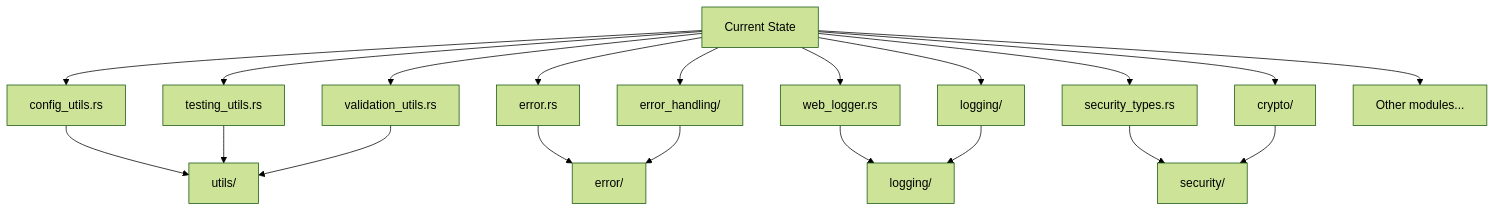
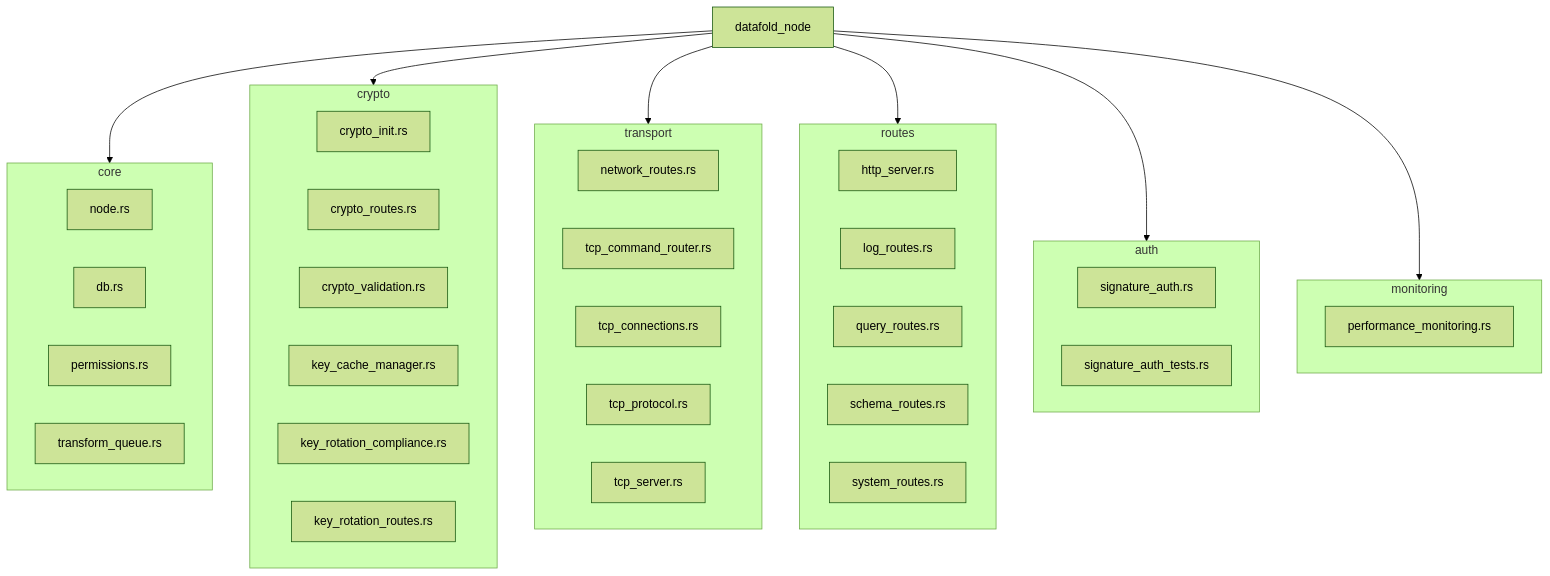
One commit to shiba4life/fold_db changed the diagram in ARCHITECTURAL_SIMPLIFICATION_PLAN.md. Above: the diagram before and after it, drawn with Mermaid (forest theme). The commit also changed other lines of this file and 39 other files, not shown here.

First line of the commit message:
Refactor and reorganize DataFold node architecture

````diff
--- a/ARCHITECTURAL_SIMPLIFICATION_PLAN.md
+++ b/ARCHITECTURAL_SIMPLIFICATION_PLAN.md
@@ -23,19 +93,45 @@
 ```mermaid
 graph TD
-    A[Current State]
-    A --> B[config_utils.rs]
-    A --> C[testing_utils.rs]
-    A --> D[validation_utils.rs]
-    A --> E[error.rs]
-    A --> F[error_handling/]
-    A --> G[web_logger.rs]
-    A --> H[logging/]
-    A --> I[security_types.rs]
-    A --> J[crypto/]
-    A --> K[Other modules...]
-
-    B & C & D --> L[utils/]
-    E & F --> M[error/]
-    G & H --> N[logging/]
-    I & J --> O[security/]
+    A[datafold_node]
+    subgraph core
+        B[node.rs]
+        C[db.rs]
+        D[permissions.rs]
+        E[transform_queue.rs]
+    end
+    subgraph crypto
+        F[crypto_init.rs]
+        G[crypto_routes.rs]
+        H[crypto_validation.rs]
+        I[key_cache_manager.rs]
+        J[key_rotation_compliance.rs]
+        K[key_rotation_routes.rs]
+    end
+    subgraph transport
+        L[network_routes.rs]
+        M[tcp_command_router.rs]
+        N[tcp_connections.rs]
+        O[tcp_protocol.rs]
+        P[tcp_server.rs]
+    end
+    subgraph routes
+        Q[http_server.rs]
+        R[log_routes.rs]
+        S[query_routes.rs]
+        T[schema_routes.rs]
+        U[system_routes.rs]
+    end
+    subgraph auth
+        V[signature_auth.rs]
+        W[signature_auth_tests.rs]
+    end
+    subgraph monitoring
+        X[performance_monitoring.rs]
+    end
+    A --> core
+    A --> crypto
+    A --> transport
+    A --> routes
+    A --> auth
+    A --> monitoring
 ```
````
